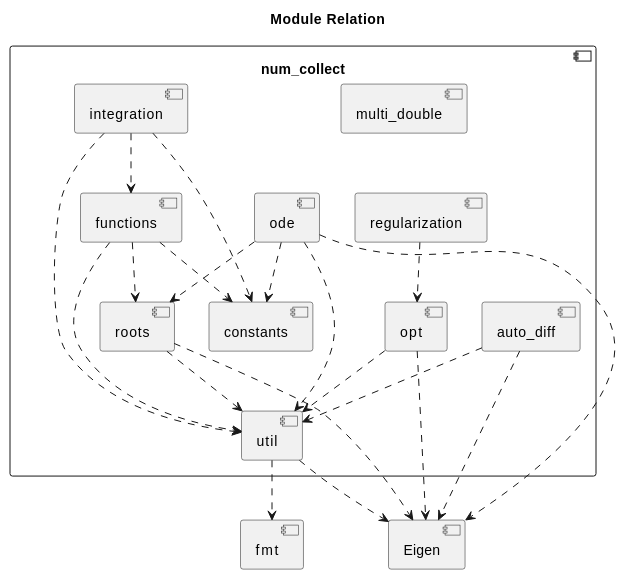
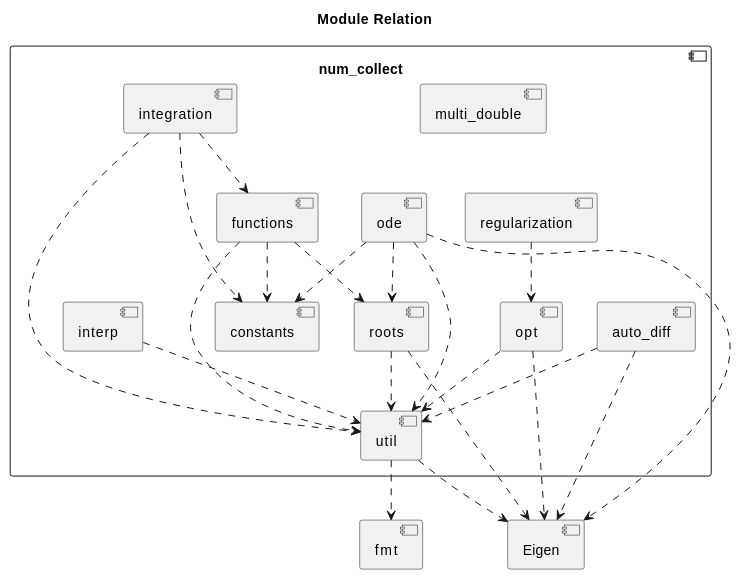
The diagram in doc/sphinx/src/modules.rst (MusicScience37/numerical-collection-cpp), drawn with PlantUML before and after one commit. The commit also changed other lines of this file and 5 other files, not shown here.

```diff
--- a/doc/sphinx/src/modules.rst
+++ b/doc/sphinx/src/modules.rst
@@ -4,47 +4,50 @@
 .. uml::
 
     title Module Relation
 
     component fmt
     component Eigen
 
     component num_collect {
         component util
         util ..> fmt
         util ..> Eigen
 
         component auto_diff
         auto_diff ..> util
         auto_diff ..> Eigen
 
         component opt
         opt ..> util
         opt ..> Eigen
 
         component regularization
         regularization ..> opt
+
+        component interp
+        interp ..> util
 
         component multi_double
 
         component constants
 
         component roots
         roots ..> util
         roots ..> Eigen
 
         component functions
         functions ..> util
         functions ..> constants
         functions ..> roots
 
         component integration
         integration ..> util
         integration ..> constants
         integration ..> functions
 
         component ode
         ode ..> util
         ode ..> constants
         ode ..> roots
         ode ..> Eigen
     }
```
